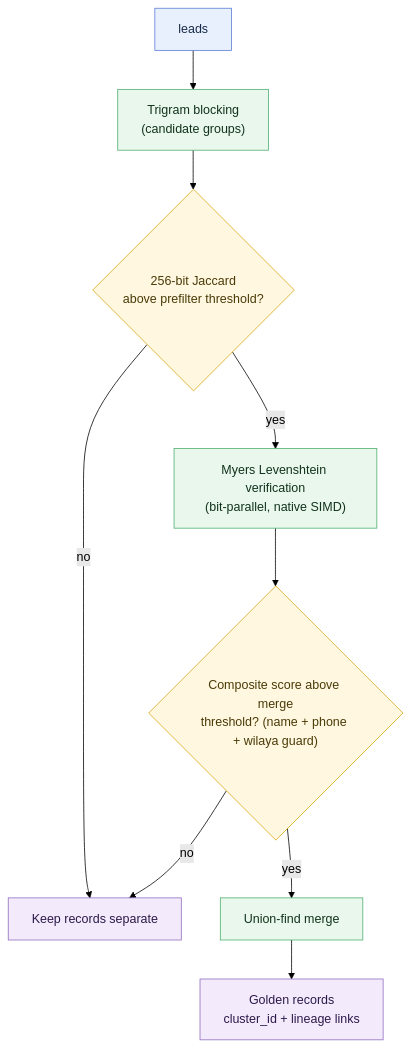
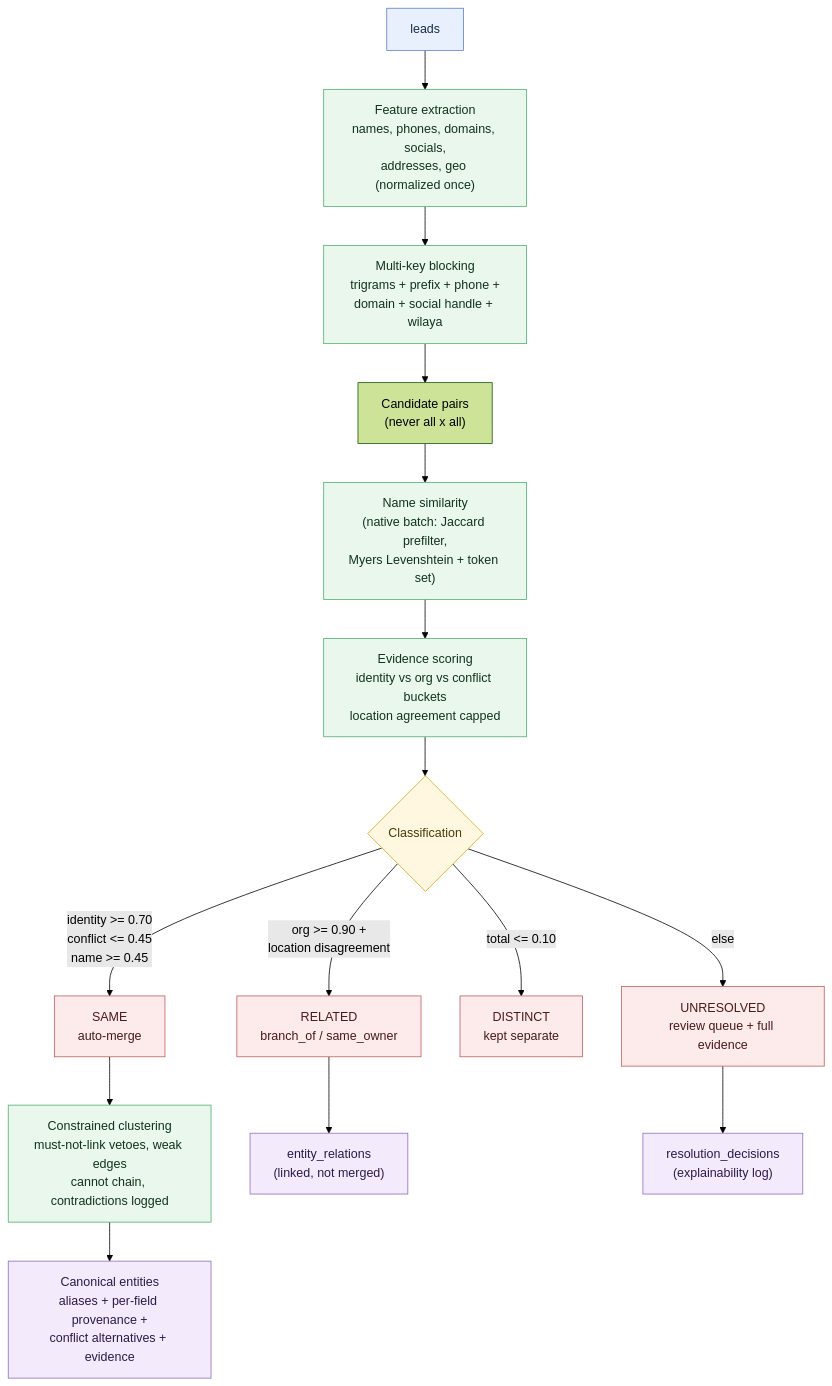
The third of 4 diagrams in README.md (Vtheonly/FreelanceDZ), drawn with Mermaid (forest theme) before and after one commit. The commit also changed other lines of this file and 24 other files, not shown here.

First line of the commit message:
v3.1.0: Business Entity Resolution & Aggregation

````diff
--- a/README.md
+++ b/README.md
@@ -130,20 +146,28 @@
 ```mermaid
 flowchart TD
-    LEADS["leads"] --> BLOCK["Trigram blocking<br/>(candidate groups)"]
-    BLOCK --> PREF{"256-bit Jaccard<br/>above prefilter threshold?"}
-    PREF -->|"no"| DISCARD["Keep records separate"]
-    PREF -->|"yes"| MYERS["Myers Levenshtein verification<br/>(bit-parallel, native SIMD)"]
-    MYERS --> COMP{"Composite score above merge<br/>threshold? (name + phone + wilaya guard)"}
-    COMP -->|"no"| DISCARD
-    COMP -->|"yes"| DSU["Union-find merge"]
-    DSU --> GOLDEN["Golden records<br/>cluster_id + lineage links"]
+    LEADS["leads"] --> FEAT["Feature extraction<br/>names, phones, domains, socials,<br/>addresses, geo (normalized once)"]
+    FEAT --> BLOCK["Multi-key blocking<br/>trigrams + prefix + phone +<br/>domain + social handle + wilaya"]
+    BLOCK --> PAIRS["Candidate pairs<br/>(never all x all)"]
+    PAIRS --> SIM["Name similarity<br/>(native batch: Jaccard prefilter,<br/>Myers Levenshtein + token set)"]
+    SIM --> EVID["Evidence scoring<br/>identity vs org vs conflict buckets<br/>location agreement capped"]
+    EVID --> CLS{"Classification"}
+    CLS -->|"identity >= 0.70<br/>conflict <= 0.45<br/>name >= 0.45"| SAME["SAME<br/>auto-merge"]
+    CLS -->|"org >= 0.90 +<br/>location disagreement"| REL["RELATED<br/>branch_of / same_owner"]
+    CLS -->|"total <= 0.10"| SEP["DISTINCT<br/>kept separate"]
+    CLS -->|"else"| REVIEW["UNRESOLVED<br/>review queue + full evidence"]
+    SAME --> CLUSTER["Constrained clustering<br/>must-not-link vetoes, weak edges<br/>cannot chain, contradictions logged"]
+    CLUSTER --> GOLDEN["Canonical entities<br/>aliases + per-field provenance +<br/>conflict alternatives + evidence"]
+    REL --> RELATIONS["entity_relations<br/>(linked, not merged)"]
+    REVIEW --> DECISIONS["resolution_decisions<br/>(explainability log)"]
 
     classDef input fill:#e8f0fe,stroke:#5b7bd5,color:#1a2b4a
     classDef process fill:#e9f7ec,stroke:#4caf6d,color:#12331d
     classDef decision fill:#fff7e0,stroke:#d9a514,color:#4a3b07
     classDef store fill:#f3eafb,stroke:#8e6bbf,color:#2c1a4a
+    classDef outcome fill:#fdeaea,stroke:#c05b5b,color:#4a1a1a
     class LEADS input
-    class BLOCK,MYERS,DSU process
-    class PREF,COMP decision
-    class DISCARD,GOLDEN store
+    class FEAT,BLOCK,SIM,EVID,CLUSTER process
+    class CLS decision
+    class GOLDEN,RELATIONS,DECISIONS store
+    class SAME,REL,SEP,REVIEW outcome
 ```
````
